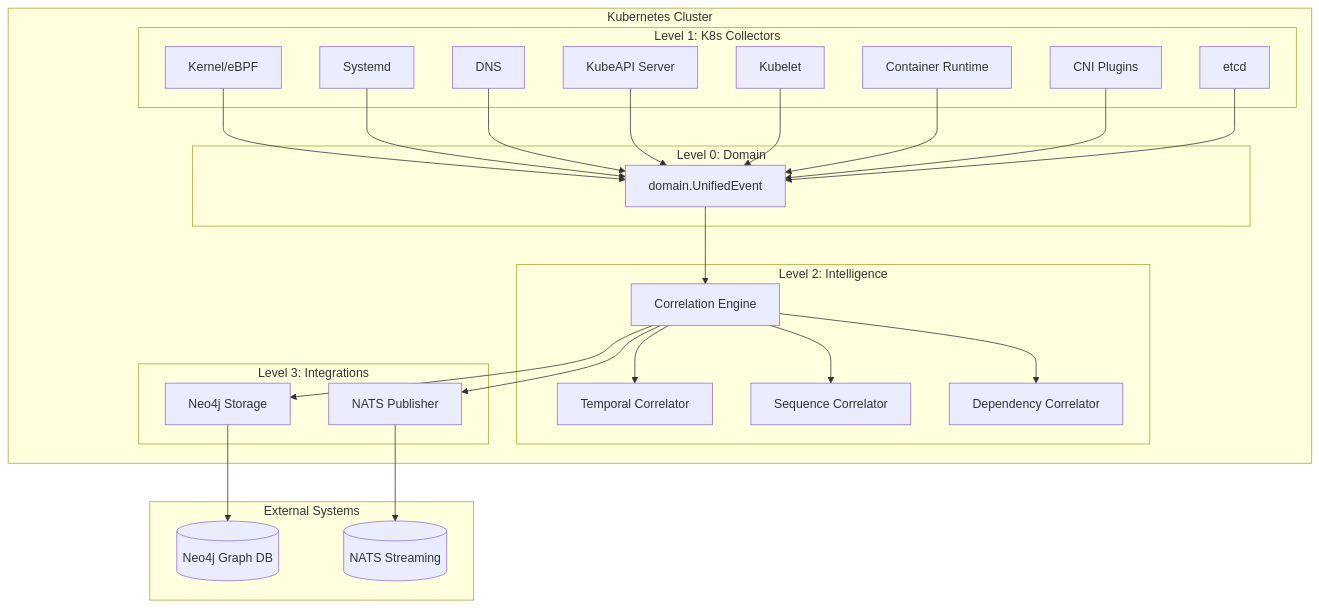
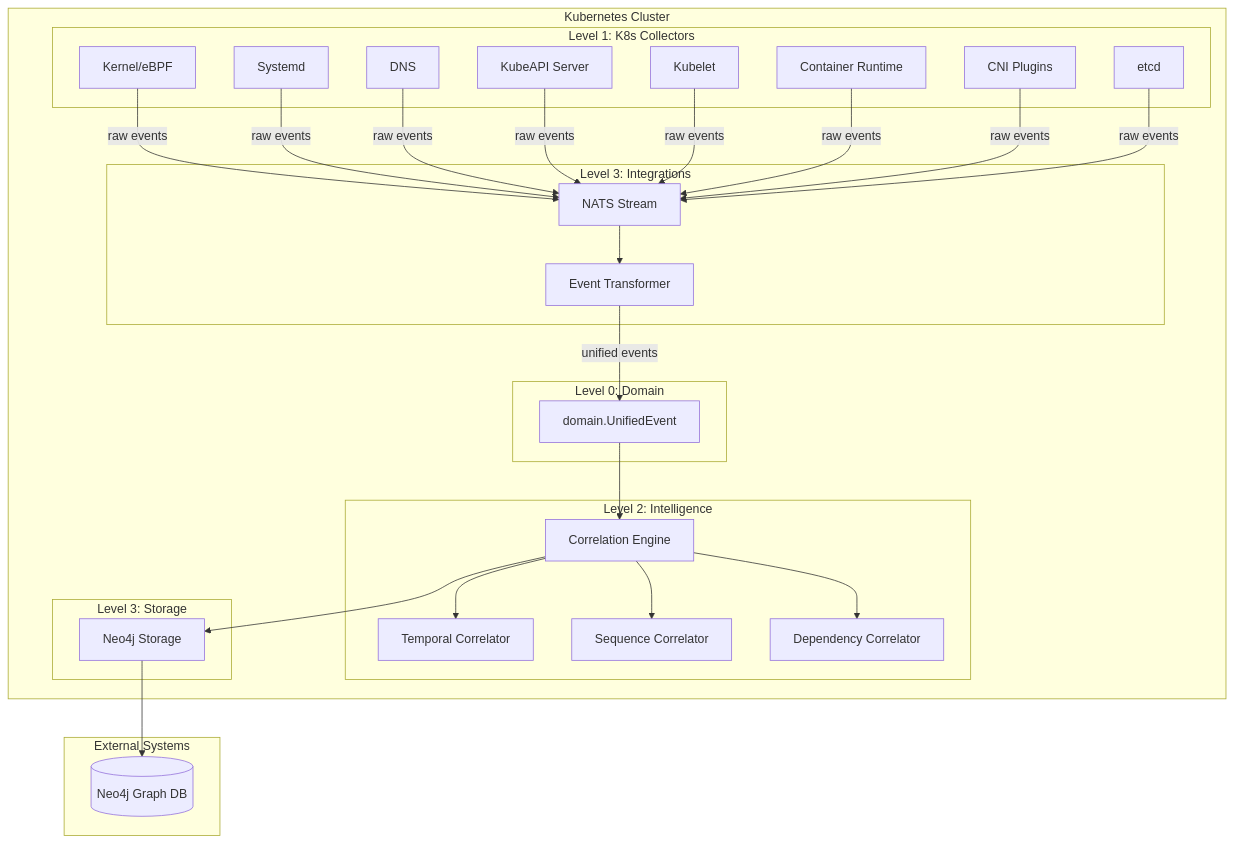
Before and after one commit to yairfalse/tapio: the diagram in README.md, drawn with Mermaid.

Commit message:
fix: update architecture diagram to show correct event flow
- Collectors send raw events to NATS
- Event transformer converts raw to unified events
- Correlation engine processes unified events
- Fixed mermaid syntax and flow representation

````diff
--- a/README.md
+++ b/README.md
@@ -25,52 +25,57 @@
 ```mermaid
 graph TD
     subgraph "Kubernetes Cluster"
-        subgraph "Level 0: Domain"
-            D[domain.UnifiedEvent]
-        end
-        
         subgraph "Level 1: K8s Collectors"
             K["Kernel/eBPF"]
             S["Systemd"]
             DNS["DNS"]
             KA["KubeAPI Server"]
             KL["Kubelet"]
             CRI["Container Runtime"]
             CNI["CNI Plugins"]
             E["etcd"]
-            K --> D
-            S --> D
-            DNS --> D
-            KA --> D
-            KL --> D
-            CRI --> D
-            CNI --> D
-            E --> D
+        end
+        
+        subgraph "Level 3: Integrations"
+            NATS["NATS Stream"]
+            TRANS["Event Transformer"]
+        end
+        
+        subgraph "Level 0: Domain"
+            D["domain.UnifiedEvent"]
         end
         
         subgraph "Level 2: Intelligence"
             CE["Correlation Engine"]
             TC["Temporal Correlator"]
             SC["Sequence Correlator"]
             DC["Dependency Correlator"]
-            D --> CE
-            CE --> TC
-            CE --> SC
-            CE --> DC
         end
         
-        subgraph "Level 3: Integrations"
-            NATS["NATS Publisher"]
+        subgraph "Level 3: Storage"
             NEO["Neo4j Storage"]
-            CE --> NATS
-            CE --> NEO
         end
+        
+        K -->|raw events| NATS
+        S -->|raw events| NATS
+        DNS -->|raw events| NATS
+        KA -->|raw events| NATS
+        KL -->|raw events| NATS
+        CRI -->|raw events| NATS
+        CNI -->|raw events| NATS
+        E -->|raw events| NATS
+        
+        NATS --> TRANS
+        TRANS -->|unified events| D
+        D --> CE
+        CE --> TC
+        CE --> SC
+        CE --> DC
+        CE --> NEO
     end
     
     subgraph "External Systems"
-        Graph[(Neo4j Graph DB)]
-        Stream[(NATS Streaming)]
+        Graph[("Neo4j Graph DB")]
         NEO --> Graph
-        NATS --> Stream
     end
 ```
````
